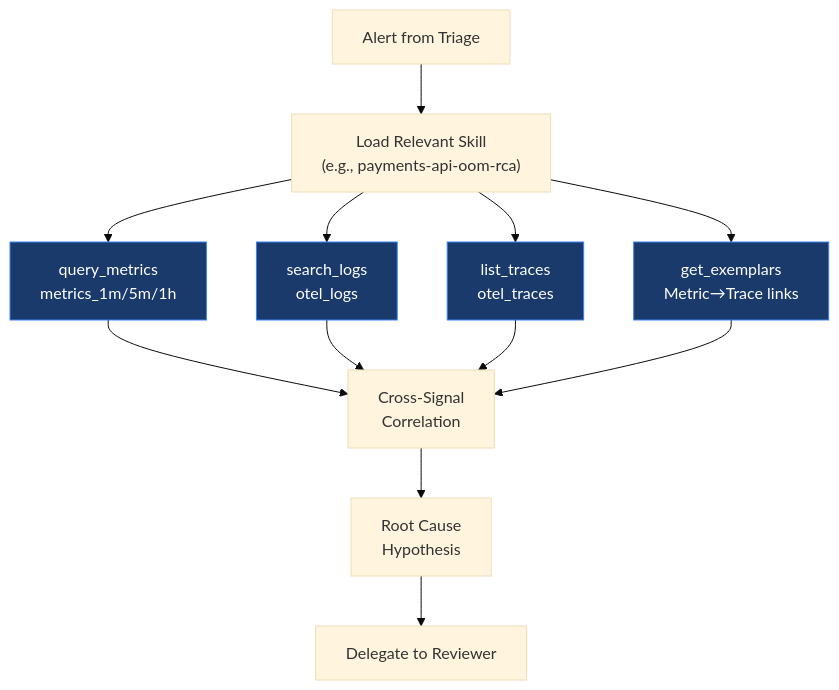
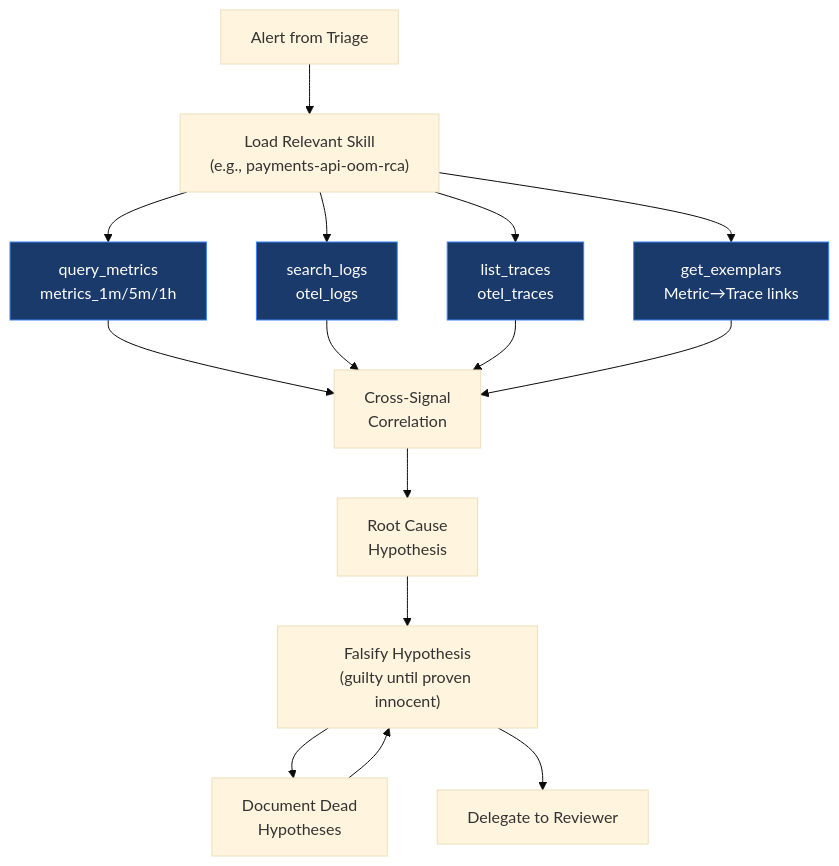
The first of 2 diagrams in docs/agents/investigator.md (telemetryflow/telemetryflow-hermes), drawn with Mermaid (base theme) before and after one commit. The commit also changed other lines of this file and 63 other files, not shown here.

````diff
--- a/docs/agents/investigator.md
+++ b/docs/agents/investigator.md
@@ -7,19 +7,22 @@
 ```mermaid
 graph TD
     INPUT["Alert from Triage"] --> SKILL["Load Relevant Skill<br/>(e.g., payments-api-oom-rca)"]
     SKILL --> M["query_metrics<br/>metrics_1m/5m/1h"]
     SKILL --> L["search_logs<br/>otel_logs"]
     SKILL --> T["list_traces<br/>otel_traces"]
     SKILL --> E["get_exemplars<br/>Metric→Trace links"]
     M --> CORR["Cross-Signal<br/>Correlation"]
     L --> CORR
     T --> CORR
     E --> CORR
     CORR --> HYP["Root Cause<br/>Hypothesis"]
-    HYP --> DELEGATE["Delegate to Reviewer"]
+    HYP --> FALSIFY["Falsify Hypothesis<br/>(guilty until proven innocent)"]
+    FALSIFY --> DEAD["Document Dead<br/>Hypotheses"]
+    FALSIFY --> DELEGATE["Delegate to Reviewer"]
+    DEAD --> FALSIFY
 
     style M fill:#1a3a6b,stroke:#3b82f6,color:#fff
     style L fill:#1a3a6b,stroke:#3b82f6,color:#fff
     style T fill:#1a3a6b,stroke:#3b82f6,color:#fff
     style E fill:#1a3a6b,stroke:#3b82f6,color:#fff
 ```
````
